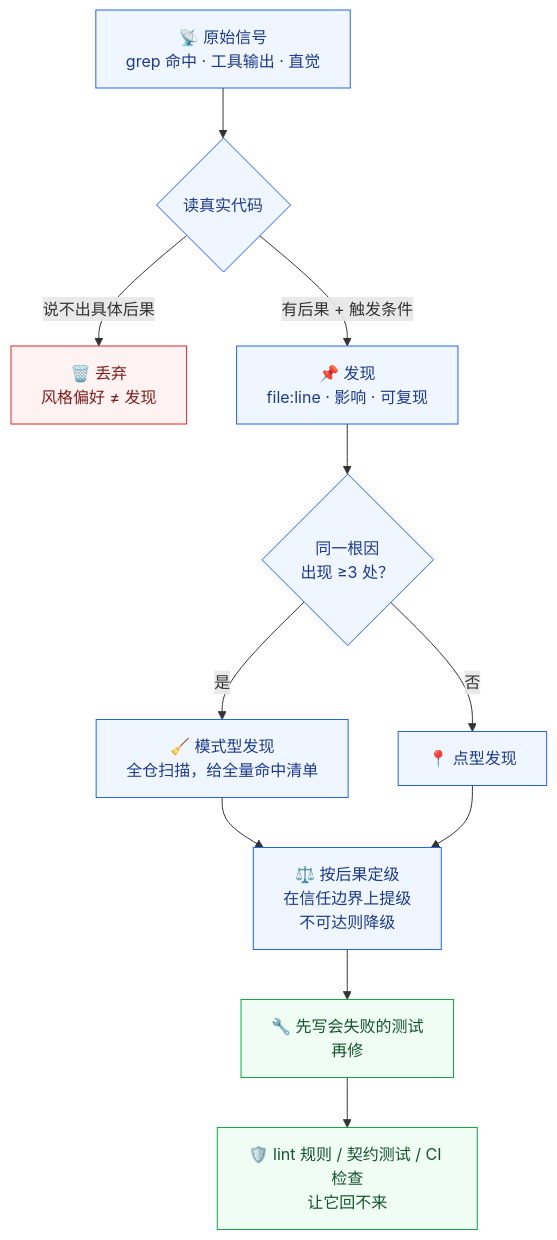
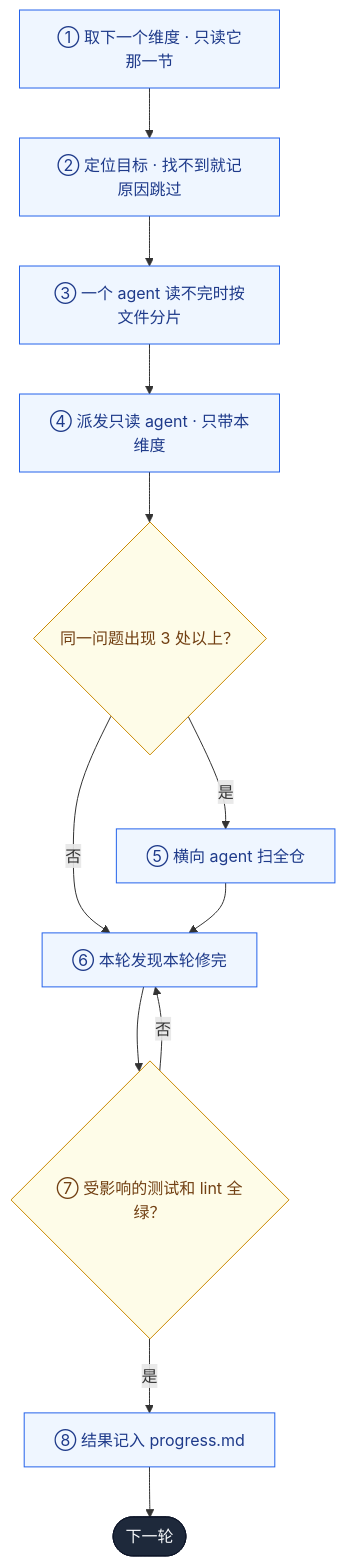
One commit to MarkSight/full-repo-audit changed the third of 3 diagrams in README.zh-CN.md. Above: the diagram before and after it, drawn with Mermaid. The commit also changed other lines of this file and 31 other files, not shown here.

````diff
--- a/README.zh-CN.md
+++ b/README.zh-CN.md
@@ -159,22 +162,21 @@
 ```mermaid
 flowchart TD
-    S["📡 原始信号<br/>grep 命中 · 工具输出 · 直觉"] --> R{"读真实代码"}
-    R -->|"说不出具体后果"| DROP["🗑️ 丢弃<br/>风格偏好 ≠ 发现"]
-    R -->|"有后果 + 触发条件"| FIND["📌 发现<br/>file:line · 影响 · 可复现"]
+    T["① 取下一个维度 · 只读它那一节"] --> L["② 定位目标 · 找不到就记原因跳过"]
+    L --> SH["③ 一个 agent 读不完时按文件分片"]
+    SH --> D["④ 派发只读 agent · 只带本维度"]
+    D --> H{"同一问题出现 3 处以上？"}
+    H -->|是| X["⑤ 横向 agent 扫全仓"]
+    H -->|否| FX
+    X --> FX["⑥ 本轮发现本轮修完"]
+    FX --> V{"⑦ 受影响的测试和 lint 全绿？"}
+    V -->|否| FX
+    V -->|是| R["⑧ 结果记入 progress.md"]
+    R --> N(["下一轮"])
 
-    FIND --> PAT{"同一根因<br/>出现 ≥3 处？"}
-    PAT -->|是| SWEEP["🧹 模式型发现<br/>全仓扫描，给全量命中清单"]
-    PAT -->|否| PT["📍 点型发现"]
-
-    SWEEP --> SEV["⚖️ 按后果定级<br/>在信任边界上提级<br/>不可达则降级"]
-    PT --> SEV
-    SEV --> FIX["🔧 先写会失败的测试<br/>再修"]
-    FIX --> GATE["🛡️ lint 规则 / 契约测试 / CI 检查<br/>让它回不来"]
-
-    classDef drop fill:#fef2f2,stroke:#dc2626,color:#7f1d1d
-    classDef keep fill:#f0fdf4,stroke:#16a34a,color:#14532d
-    classDef work fill:#eff6ff,stroke:#2563eb,color:#1e3a8a
-    class DROP drop
-    class GATE,FIX keep
-    class S,R,FIND,PAT,SWEEP,PT,SEV work
+    classDef step fill:#eff6ff,stroke:#2563eb,color:#1e3a8a
+    classDef gate fill:#fefce8,stroke:#ca8a04,color:#713f12
+    classDef done fill:#1e293b,stroke:#0f172a,color:#f8fafc
+    class T,L,SH,D,X,FX,R step
+    class H,V gate
+    class N done
 ```
````
